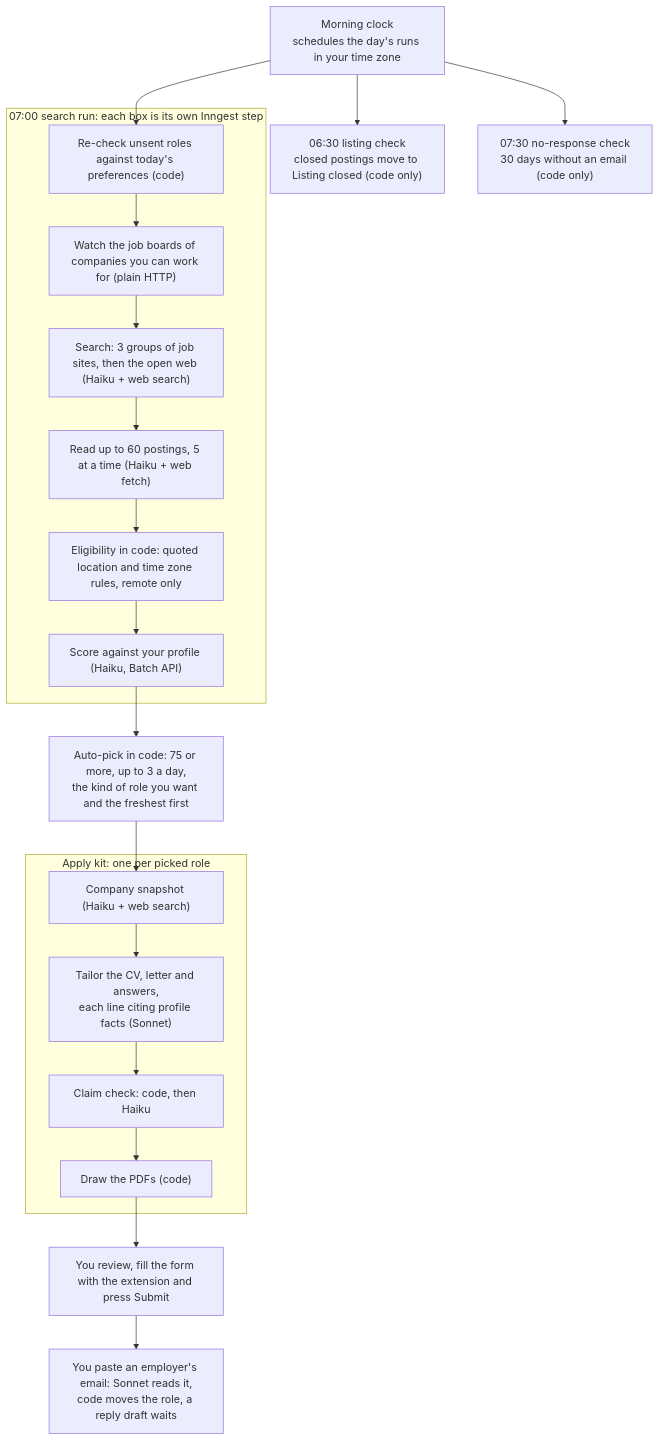
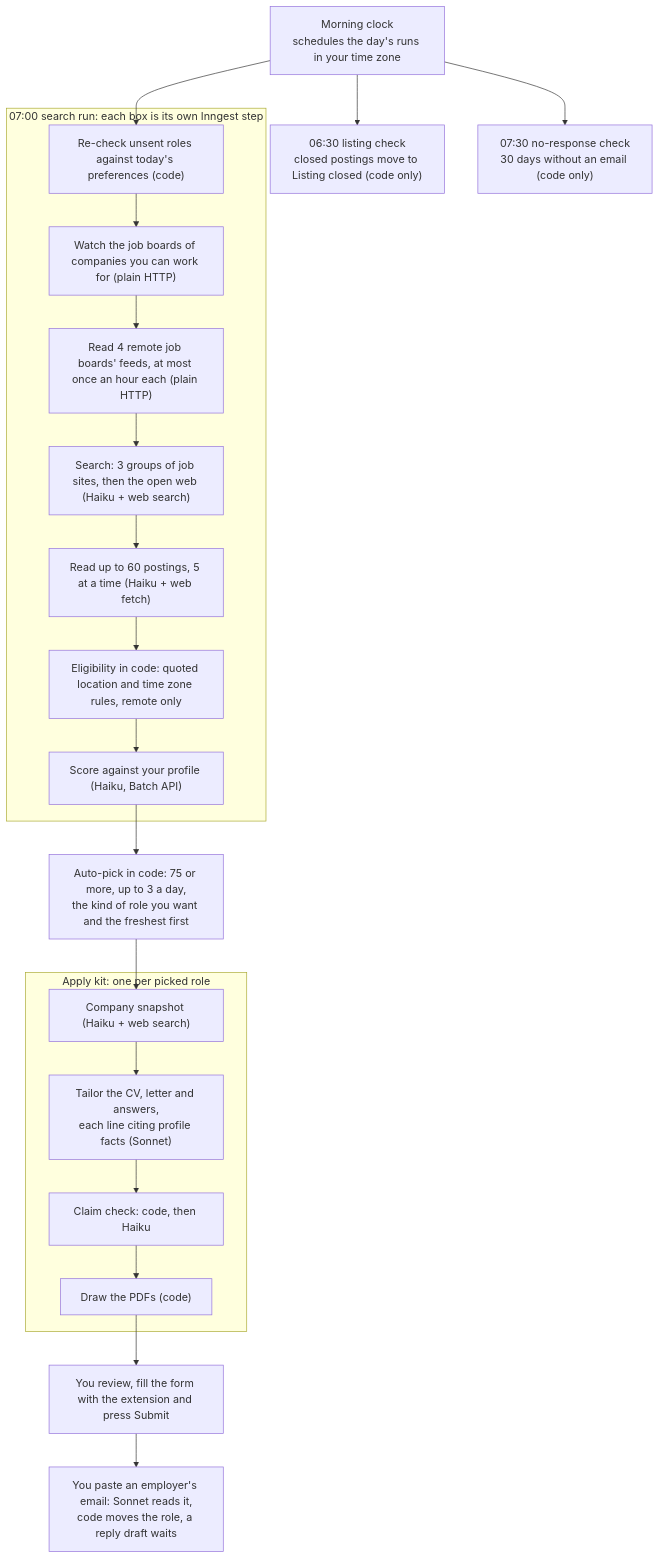
Before and after one commit to MentorAliu/job_agent: the second of 3 diagrams in README.md, drawn with Mermaid. The commit also changed other lines of this file and 50 other files, not shown here.

First line of the commit message:
feat: read remote job boards' feeds, and add a role by hand

````diff
--- a/README.md
+++ b/README.md
@@ -377,22 +380,23 @@
 ```mermaid
 flowchart TD
   clock["Morning clock<br/>schedules the day's runs in your time zone"] --> listings["06:30 listing check<br/>closed postings move to Listing closed (code only)"]
   clock --> recheck
   clock --> noreply["07:30 no-response check<br/>30 days without an email (code only)"]
   subgraph search["07:00 search run: each box is its own Inngest step"]
     recheck["Re-check unsent roles against today's preferences (code)"] --> boards["Watch the job boards of companies you can work for (plain HTTP)"]
-    boards --> discover["Search: 3 groups of job sites, then the open web (Haiku + web search)"]
+    boards --> feeds["Read 4 remote job boards' feeds, at most once an hour each (plain HTTP)"]
+    feeds --> discover["Search: 3 groups of job sites, then the open web (Haiku + web search)"]
     discover --> read["Read up to 60 postings, 5 at a time (Haiku + web fetch)"]
     read --> eligible["Eligibility in code: quoted location and time zone rules, remote only"]
     eligible --> score["Score against your profile (Haiku, Batch API)"]
   end
   score --> pick["Auto-pick in code: 75 or more, up to 3 a day,<br/>the kind of role you want and the freshest first"]
   pick --> snapshot
   subgraph kit["Apply kit: one per picked role"]
     snapshot["Company snapshot (Haiku + web search)"] --> tailor["Tailor the CV, letter and answers,<br/>each line citing profile facts (Sonnet)"]
     tailor --> check["Claim check: code, then Haiku"]
     check --> pdf["Draw the PDFs (code)"]
   end
   pdf --> you["You review, fill the form with the extension and press Submit"]
   you --> email["You paste an employer's email: Sonnet reads it,<br/>code moves the role, a reply draft waits"]
 ```
````
